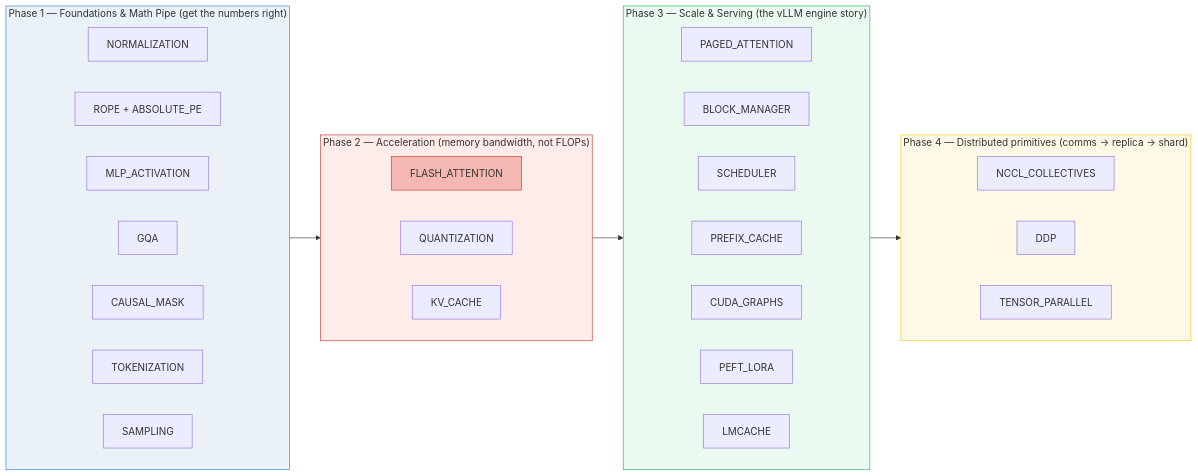
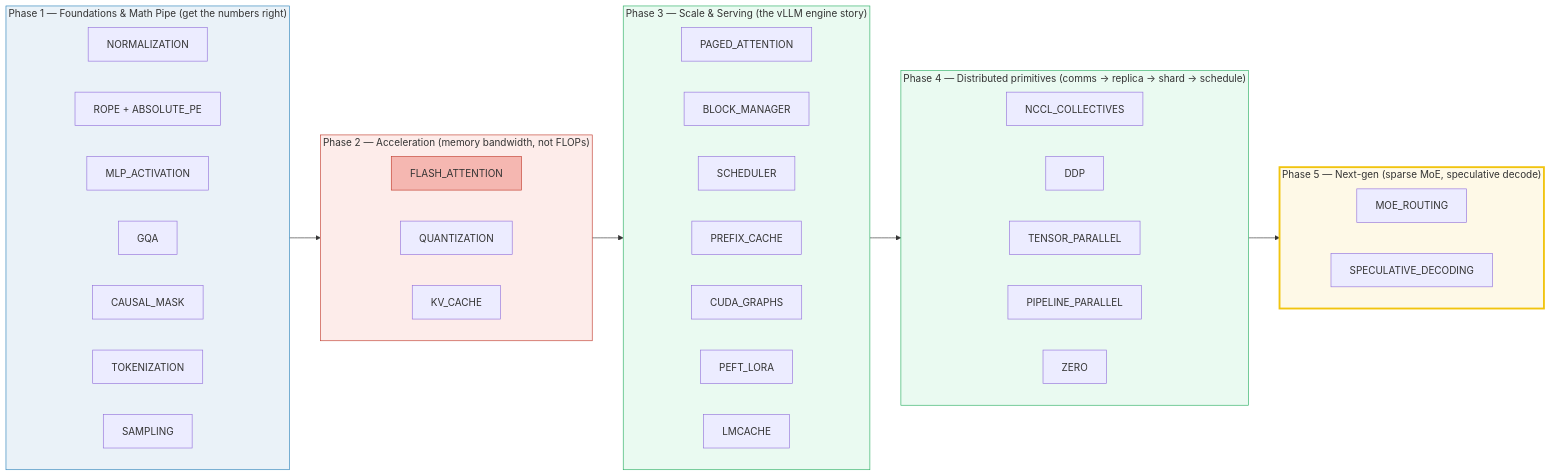
Before and after one commit to quanhua92/tutorials: the first of 2 diagrams in llm/README.md, drawn with Mermaid. The commit also changed other lines of this file and 23 other files, not shown here.

First line of the commit message:
feat(llm): add Wave 2 distributed + next-gen concept bundles

````diff
--- a/llm/README.md
+++ b/llm/README.md
@@ -16,44 +16,53 @@
 ```mermaid
 graph LR
     subgraph p1["Phase 1 — Foundations & Math Pipe (get the numbers right)"]
         direction LR
         N[NORMALIZATION]
         P[ROPE + ABSOLUTE_PE]
         M[MLP_ACTIVATION]
         G[GQA]
         C[CAUSAL_MASK]
         T[TOKENIZATION]
         S[SAMPLING]
     end
     subgraph p2["Phase 2 — Acceleration (memory bandwidth, not FLOPs)"]
         direction LR
         F[FLASH_ATTENTION]
         Q[QUANTIZATION]
         K[KV_CACHE]
     end
     subgraph p3["Phase 3 — Scale & Serving (the vLLM engine story)"]
         direction LR
         PA[PAGED_ATTENTION]
         BM[BLOCK_MANAGER]
         SCH[SCHEDULER]
         PC[PREFIX_CACHE]
         CG[CUDA_GRAPHS]
         PL[PEFT_LORA]
         LM[LMCACHE]
     end
-    subgraph p4["Phase 4 — Distributed primitives (comms → replica → shard)"]
+    subgraph p4["Phase 4 — Distributed primitives (comms → replica → shard → schedule)"]
         direction LR
         NCCL[NCCL_COLLECTIVES]
         DDP[DDP]
         TP[TENSOR_PARALLEL]
+        PP[PIPELINE_PARALLEL]
+        Z[ZERO]
+    end
+    subgraph p5["Phase 5 — Next-gen (sparse MoE, speculative decode)"]
+        direction LR
+        MOE[MOE_ROUTING]
+        SPEC[SPECULATIVE_DECODING]
     end
     p1 --> p2
     p2 --> p3
     p3 --> p4
+    p4 --> p5
 
     style p1 fill:#eaf2f8,stroke:#2980b9
     style p2 fill:#fdecea,stroke:#c0392b
     style p3 fill:#eafaf1,stroke:#27ae60
-    style p4 fill:#fef9e7,stroke:#f1c40f
+    style p4 fill:#eafaf1,stroke:#27ae60
+    style p5 fill:#fef9e7,stroke:#f1c40f,stroke-width:3px
     style F fill:#f5b7b1,stroke:#c0392b
 ```
````
